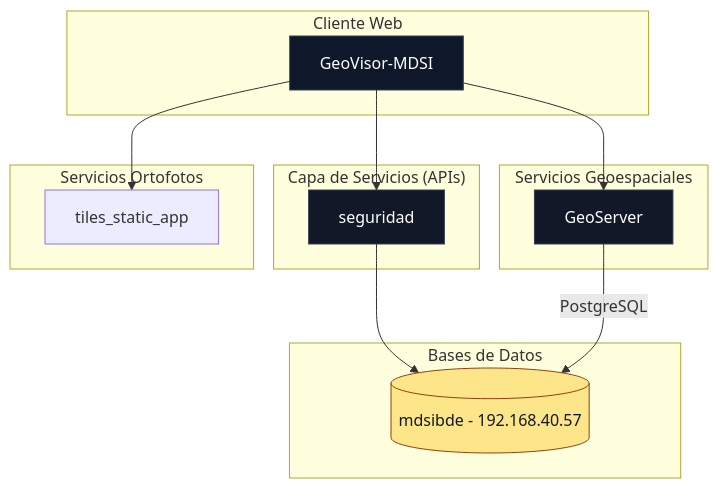
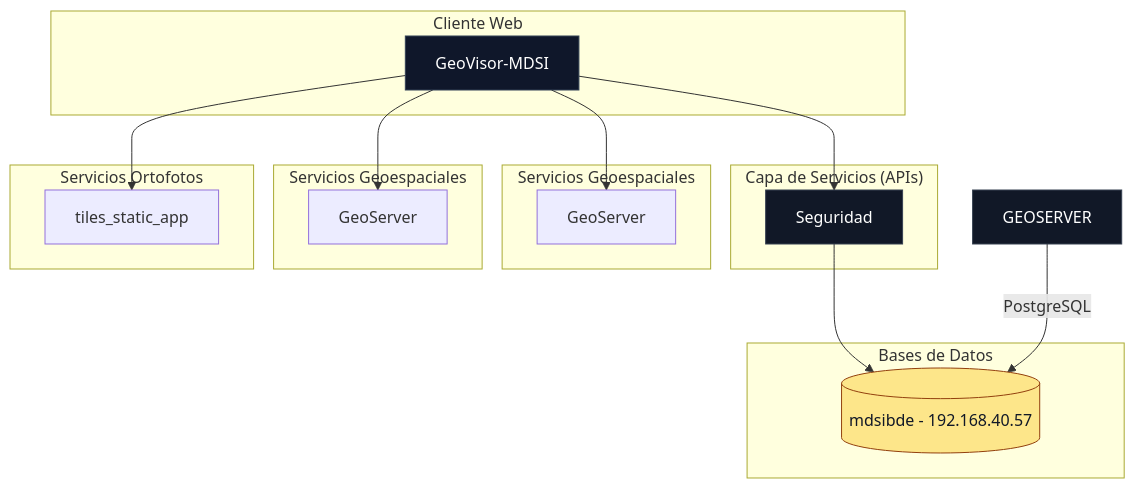
The diagram in README.md (mdsigeovisor/geovisormdsi), drawn with Mermaid before and after one commit.

````diff
--- a/README.md
+++ b/README.md
@@ -3,48 +3,53 @@
 ```mermaid
 graph TB
   %% =========================
   %% COMPONENTES
   %% =========================
   subgraph "Cliente Web"
     FRONT[GeoVisor-MDSI]
   end
 
   subgraph "Capa de Servicios (APIs)"
-    AUTH[seguridad]
+    AUTH[Seguridad]
   end
 
   subgraph "Bases de Datos"
     DB1[(mdsibde - 192.168.40.57)]
   end
   
   subgraph "Servicios Geoespaciales"
-    GEOSERVER[GeoServer]
+    GEOSERVER_PROD[GeoServer]
+  end
+
+  subgraph "Servicios Geoespaciales"
+    GEOSERVER_DEV[GeoServer]
   end
 
   subgraph "Servicios Ortofotos"
     ORTOFOTOS[tiles_static_app]
   end
 
   %% =========================
   %% RELACIONES
   %% =========================
   FRONT --> AUTH
-  FRONT --> GEOSERVER
+  FRONT --> GEOSERVER_PROD
+  FRONT --> GEOSERVER_DEV
   FRONT --> ORTOFOTOS
   
 
 
   AUTH --> DB1
   GEOSERVER -- "PostgreSQL" --> DB1
 
   %% =========================
   %% ESTILOS
   %% =========================
   classDef front fill:#0f172a,stroke:#334155,stroke-width:1px,color:#fff;
   classDef service fill:#111827,stroke:#374151,stroke-width:1px,color:#fff;
   classDef db fill:#fde68a,stroke:#92400e,stroke-width:1px,color:#111827;
 
   class FRONT front;
   class AUTH,GEOSERVER service;
   class DB1 db;
 ```
````
